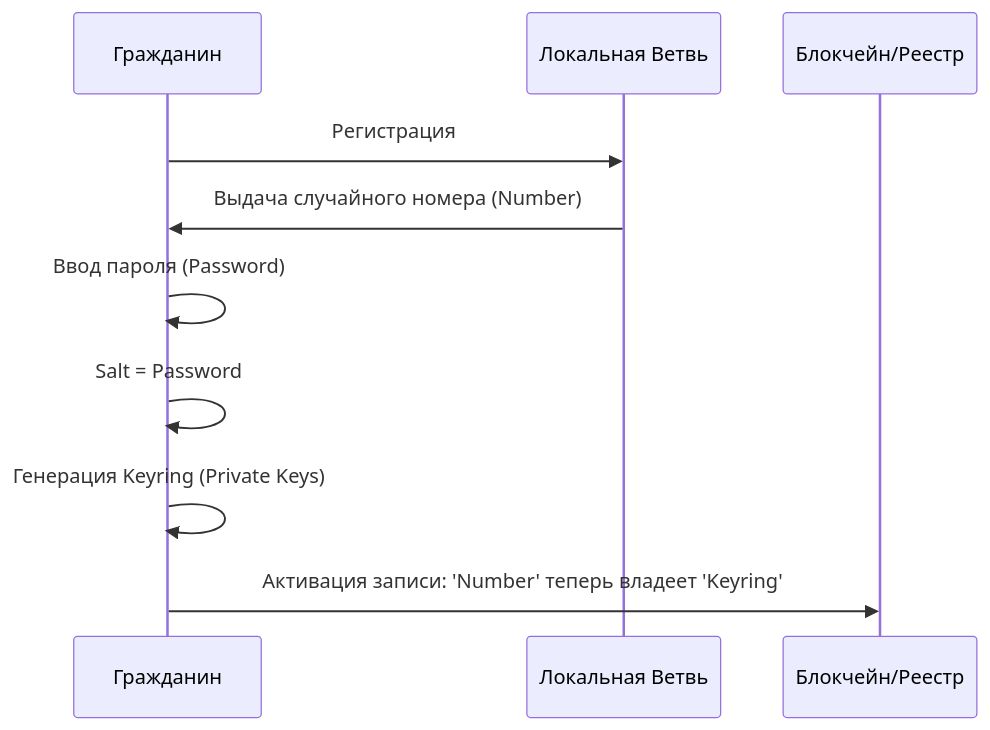
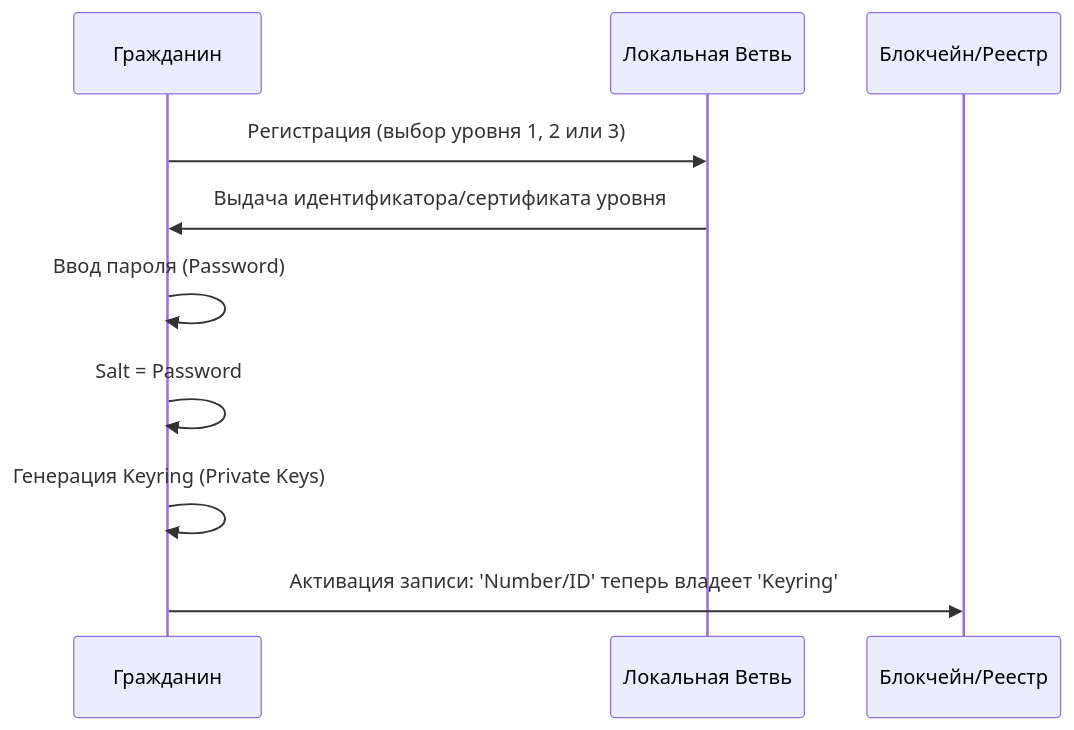
The eighth of 53 diagrams in shared_docs/Технический документ платформы Турбаза.md (Data-Independence-Network/presentations), drawn with Mermaid before and after one commit. The commit also changed other lines of this file and 9 other files, not shown here.

````diff
--- a/shared_docs/Технический документ платформы Турбаза.md
+++ b/shared_docs/Технический документ платформы Турбаза.md
@@ -180,13 +201,13 @@
 ```mermaid
 sequenceDiagram
     participant User as Гражданин
     participant Branch as Локальная Ветвь
     participant Chain as Блокчейн/Реестр
     
-    User->>Branch: Регистрация
-    Branch->>User: Выдача случайного номера (Number)
+    User->>Branch: Регистрация (выбор уровня 1, 2 или 3)
+    Branch->>User: Выдача идентификатора/сертификата уровня
     User->>User: Ввод пароля (Password)
     User->>User: Salt = Password
     User->>User: Генерация Keyring (Private Keys)
-    User->>Chain: Активация записи: 'Number' теперь владеет 'Keyring'
+    User->>Chain: Активация записи: 'Number/ID' теперь владеет 'Keyring'
 ```
````
